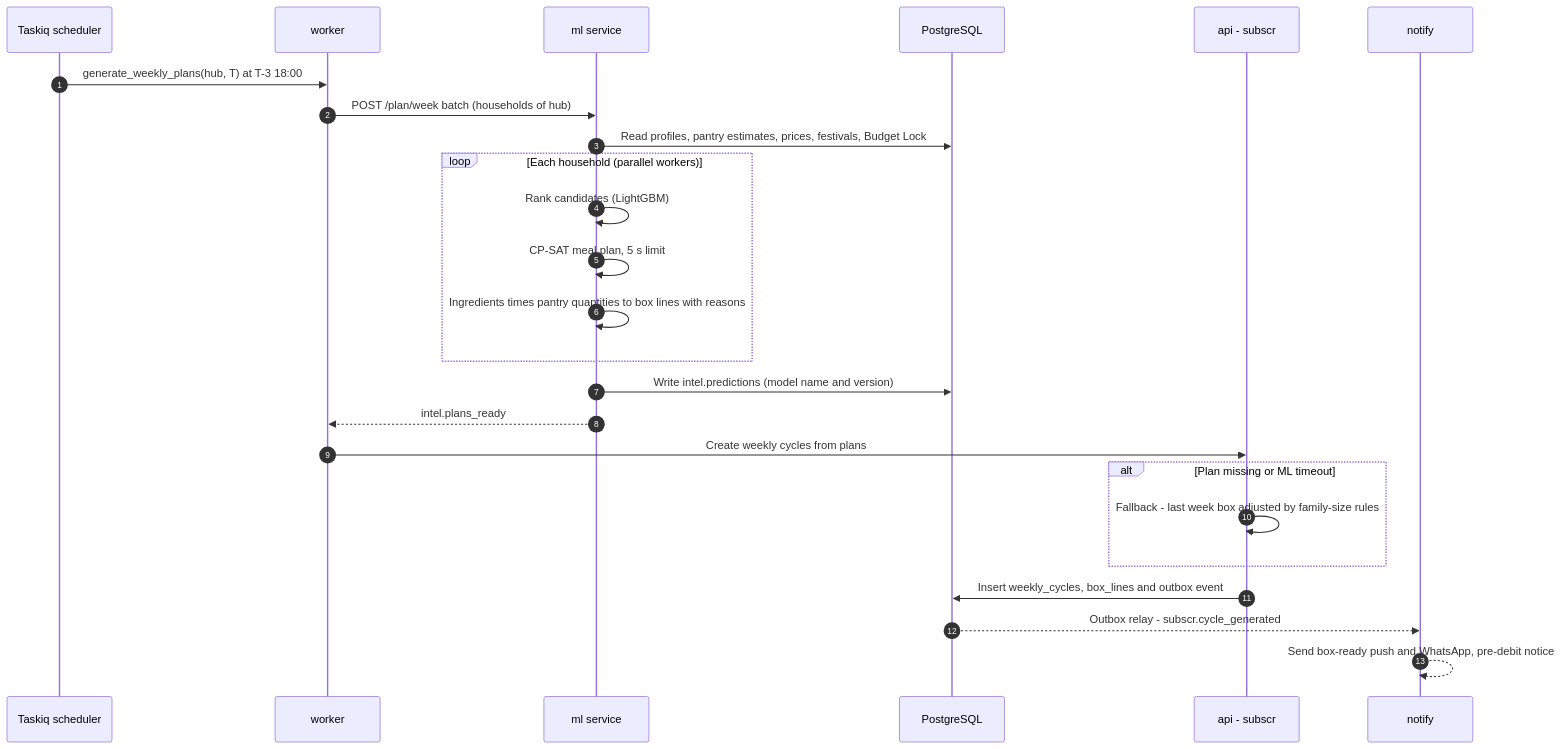
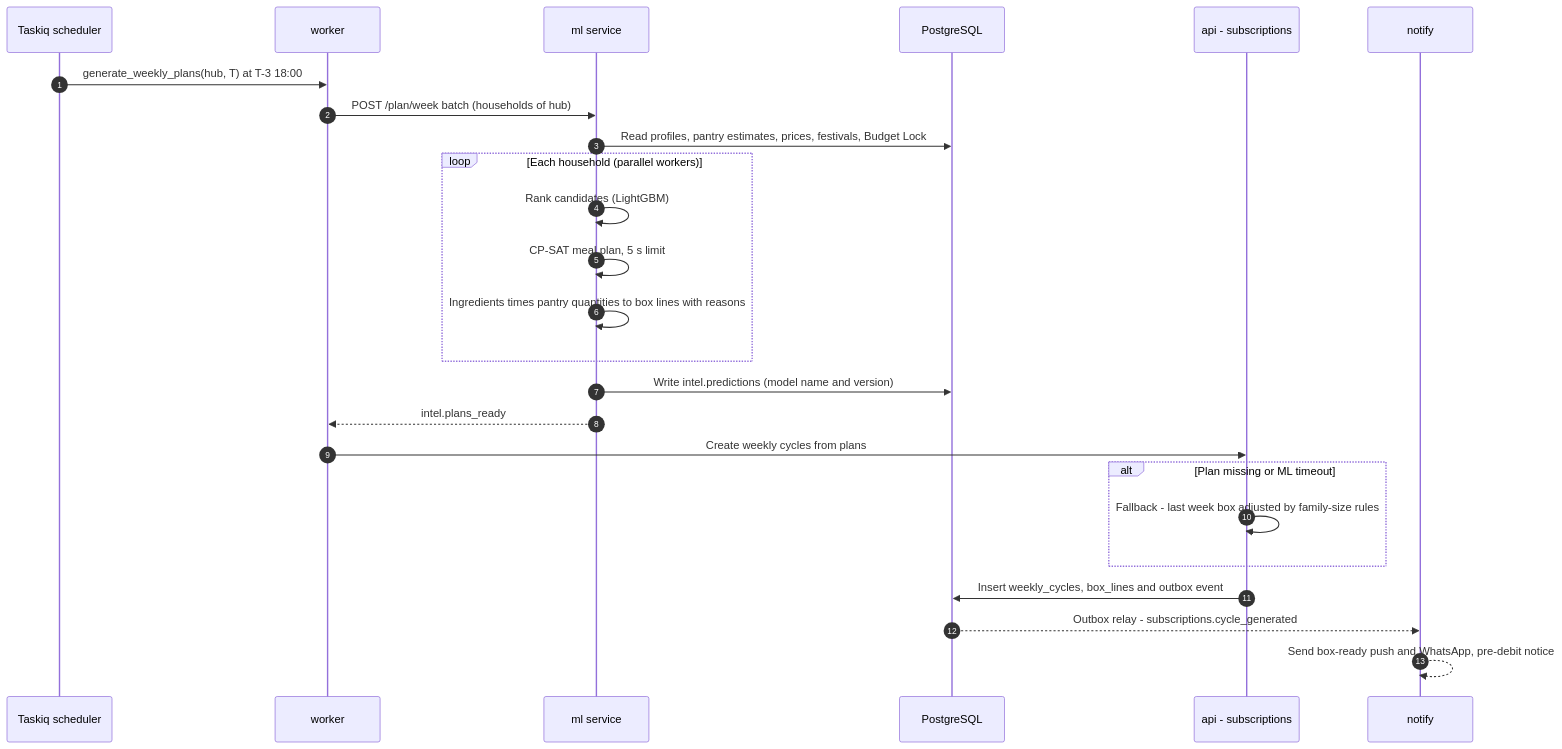
One commit to prelekar7/GharBasket changed the fourth of 18 diagrams in docs/handbook/07-workflows.md. Above: the diagram before and after it, drawn with Mermaid. The commit also changed other lines of this file and 154 other files, not shown here.

````diff
--- a/docs/handbook/07-workflows.md
+++ b/docs/handbook/07-workflows.md
@@ -147,27 +147,27 @@
 ```mermaid
 sequenceDiagram
     autonumber
     participant SCH as Taskiq scheduler
     participant W as worker
     participant ML as ml service
     participant DB as PostgreSQL
-    participant SUB as api - subscr
+    participant SUB as api - subscriptions
     participant N as notify
     SCH->>W: generate_weekly_plans(hub, T) at T-3 18:00
     W->>ML: POST /plan/week batch (households of hub)
     ML->>DB: Read profiles, pantry estimates, prices, festivals, Budget Lock
     loop Each household (parallel workers)
         ML->>ML: Rank candidates (LightGBM)
         ML->>ML: CP-SAT meal plan, 5 s limit
         ML->>ML: Ingredients times pantry quantities to box lines with reasons
     end
     ML->>DB: Write intel.predictions (model name and version)
     ML-->>W: intel.plans_ready
     W->>SUB: Create weekly cycles from plans
     alt Plan missing or ML timeout
         SUB->>SUB: Fallback - last week box adjusted by family-size rules
     end
     SUB->>DB: Insert weekly_cycles, box_lines and outbox event
-    DB-->>N: Outbox relay - subscr.cycle_generated
+    DB-->>N: Outbox relay - subscriptions.cycle_generated
     N-->>N: Send box-ready push and WhatsApp, pre-debit notice
 ```
````
